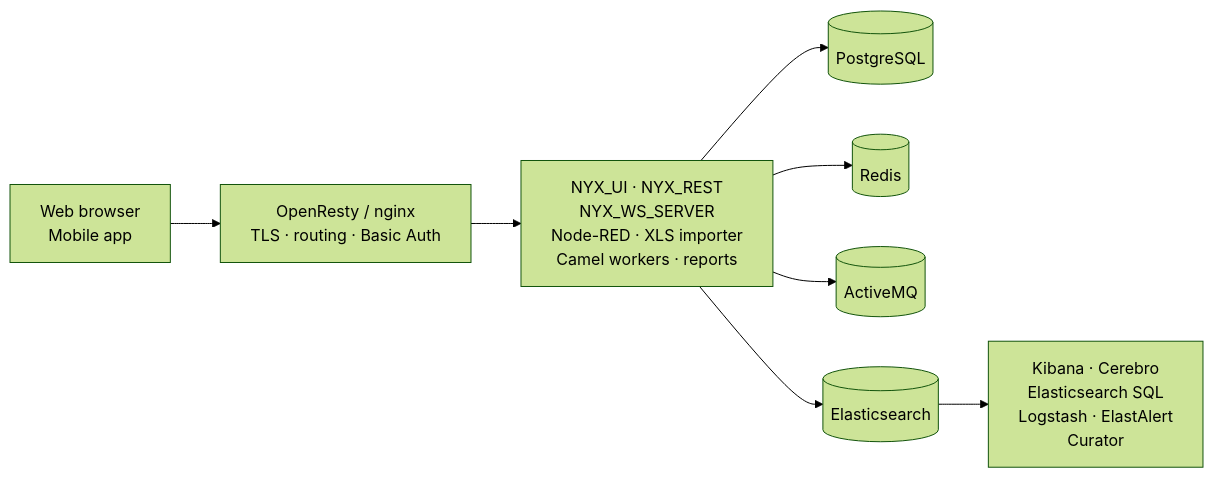
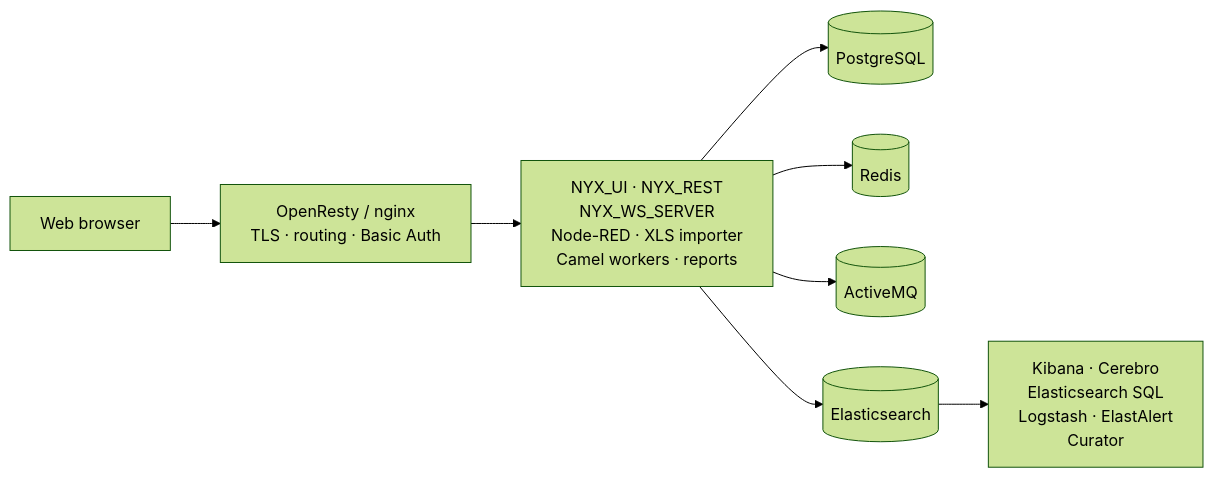
Before and after one commit to zqf20096327/dbhub_collect: the diagram in data/readmes/snuids__nyx.md, drawn with Mermaid (forest theme). The commit also changed other lines of this file and 843 other files, not shown here.

````diff
--- a/data/readmes/snuids__nyx.md
+++ b/data/readmes/snuids__nyx.md
@@ -53,18 +53,18 @@
 ```mermaid
 flowchart LR
-    clients["Web browser<br/>Mobile app"]
+    clients["Web browser"]
     nginx["OpenResty / nginx<br/>TLS · routing · Basic Auth"]
     app["NYX_UI · NYX_REST<br/>NYX_WS_SERVER<br/>Node-RED · XLS importer<br/>Camel workers · reports"]
     pg[(PostgreSQL)]
     redis[(Redis)]
     amq[(ActiveMQ)]
     es[(Elasticsearch)]
     obs["Kibana · Cerebro<br/>Elasticsearch SQL<br/>Logstash · ElastAlert<br/>Curator"]
 
     clients --> nginx --> app
     app --> pg
     app --> redis
     app --> amq
     app --> es
     es --> obs
 ```
````
